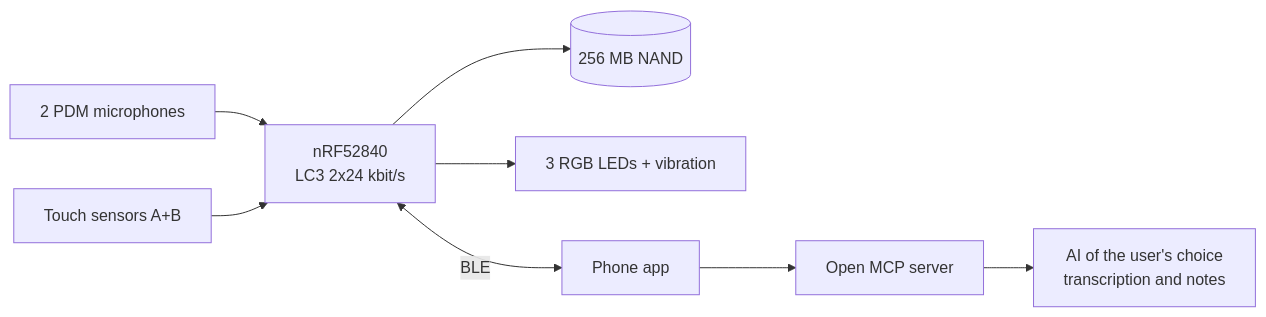
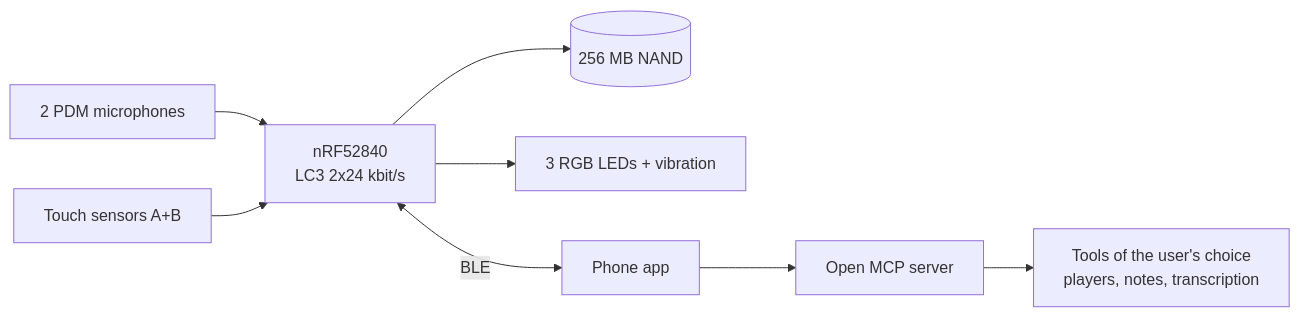
Before and after one commit to PZero/notapad: the first of 2 diagrams in README.md, drawn with Mermaid. The commit also changed other lines of this file, not shown here.

Commit message:
readme: present notapad as a recorder with an open data layer, AI as one of the user's tools

````diff
--- a/README.md
+++ b/README.md
@@ -66,10 +66,10 @@
 ```mermaid
 flowchart LR
   MIC[2 PDM microphones] --> NRF[nRF52840<br/>LC3 2x24 kbit/s]
   TOUCH[Touch sensors A+B] --> NRF
   NRF --> NAND[(256 MB NAND)]
   NRF --> OUT[3 RGB LEDs + vibration]
   NRF <-->|BLE| APP[Phone app]
   APP --> MCP[Open MCP server]
-  MCP --> AI[AI of the user's choice<br/>transcription and notes]
+  MCP --> AI[Tools of the user's choice<br/>players, notes, transcription]
 ```
````
